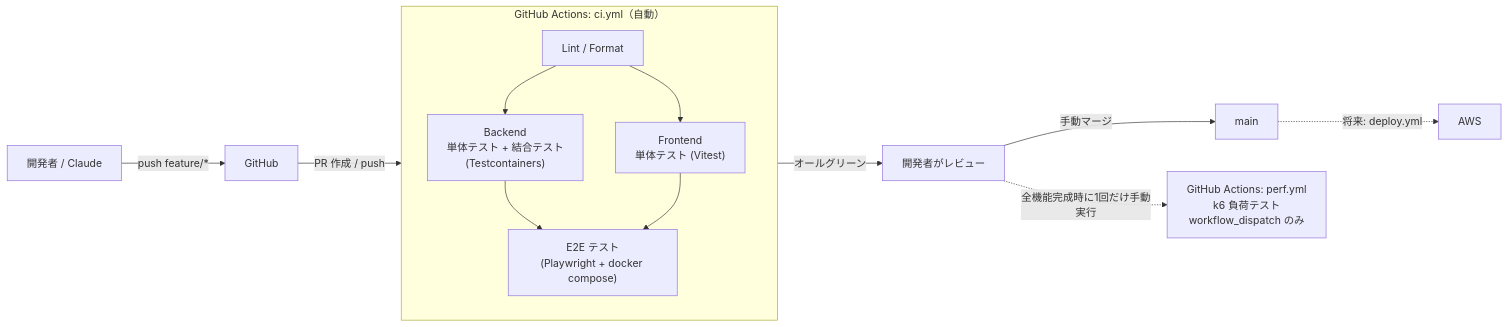
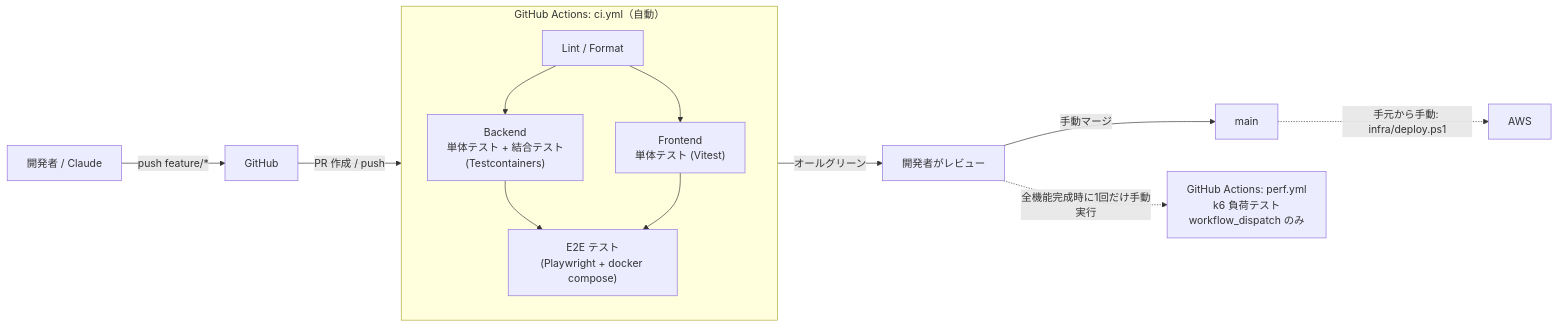
The seventh of 7 diagrams in docs/architecture.md (kuroda1995/TripDiary), drawn with Mermaid before and after one commit. The commit also changed other lines of this file and 19 other files, not shown here.

First line of the commit message:
chore(infra): AWS のデモ環境を Terraform で構築し、手元からデプロイできるようにする

````diff
--- a/docs/architecture.md
+++ b/docs/architecture.md
@@ -324,21 +327,21 @@
 ```mermaid
 flowchart LR
     dev[開発者 / Claude] -->|push feature/*| gh[GitHub]
     gh -->|PR 作成 / push| ci
 
     subgraph ci["GitHub Actions: ci.yml（自動）"]
         direction TB
         lint[Lint / Format]
         be["Backend<br/>単体テスト + 結合テスト<br/>(Testcontainers)"]
         fe["Frontend<br/>単体テスト (Vitest)"]
         e2e["E2E テスト<br/>(Playwright + docker compose)"]
         lint --> be & fe --> e2e
     end
 
     ci -->|オールグリーン| review[開発者がレビュー]
     review -->|手動マージ| main[main]
-    main -.->|将来: deploy.yml| aws[AWS]
+    main -.->|手元から手動: infra/deploy.ps1| aws[AWS]
 
     perf["GitHub Actions: perf.yml<br/>k6 負荷テスト<br/>workflow_dispatch のみ"]
     review -. 全機能完成時に1回だけ手動実行 .-> perf
 ```
````
